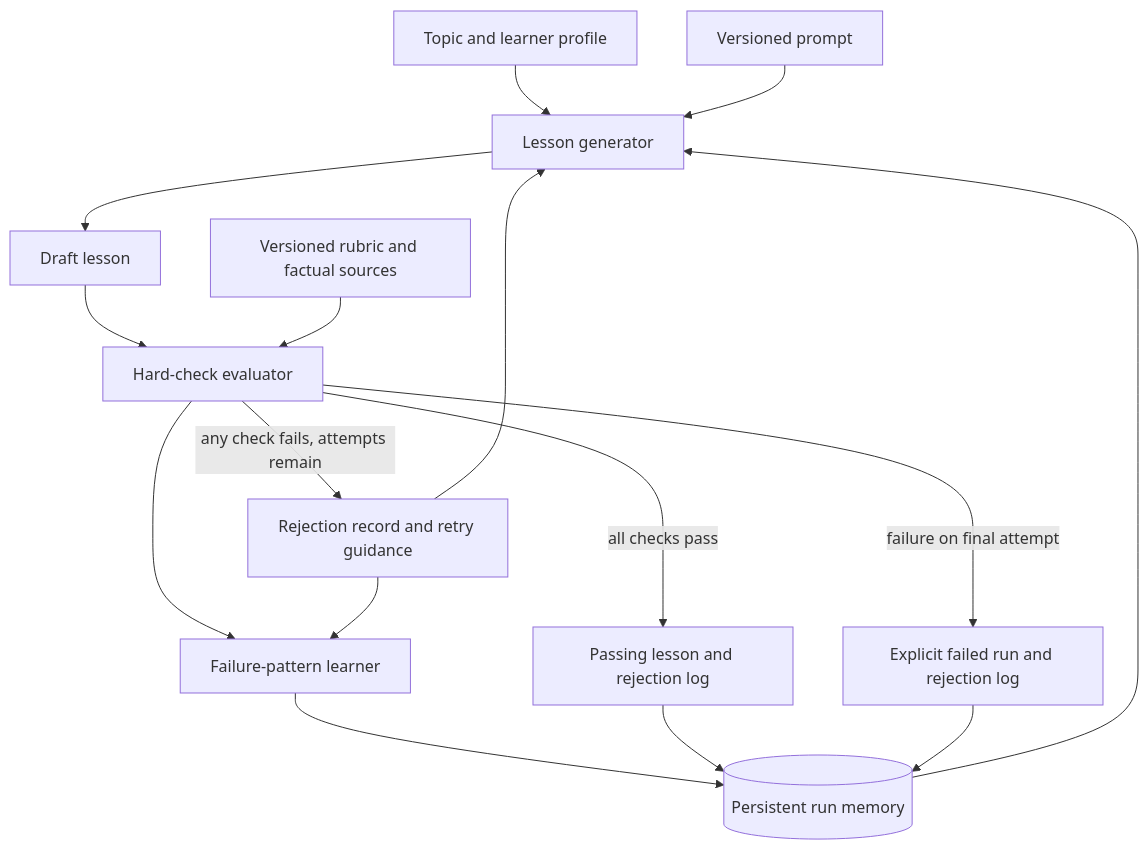
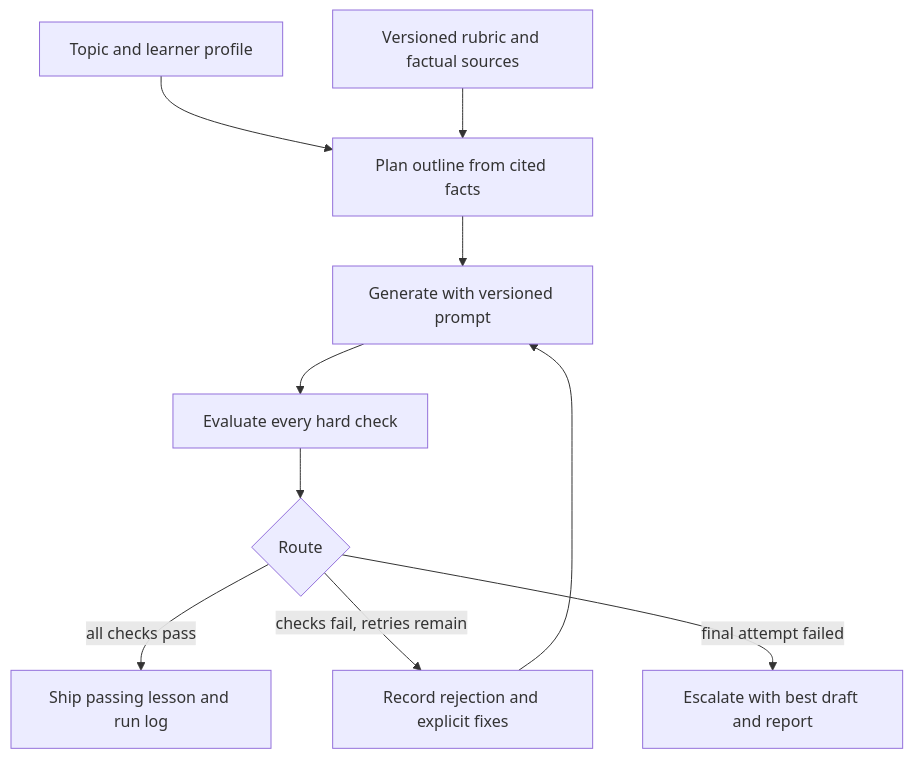
The diagram in docs/DESIGN.md (patil-08/self-evaluating-lesson-generator), drawn with Mermaid before and after one commit. The commit also changed other lines of this file and 4 other files, not shown here.

````diff
--- a/docs/DESIGN.md
+++ b/docs/DESIGN.md
@@ -43,18 +43,12 @@
 ```mermaid
 flowchart TD
-    U[Topic and learner profile] --> G[Lesson generator]
-    P[Versioned prompt] --> G
-    M[(Persistent run memory)] --> G
-    G --> L[Draft lesson]
-    L --> J[Hard-check evaluator]
-    R[Versioned rubric and factual sources] --> J
-    J -->|all checks pass| O[Passing lesson and rejection log]
-    J -->|any check fails, attempts remain| X[Rejection record and retry guidance]
+    U[Topic and learner profile] --> P[Plan outline from cited facts]
+    R[Versioned rubric and factual sources] --> P
+    P --> G[Generate with versioned prompt]
+    G --> V[Evaluate every hard check]
+    V --> D{Route}
+    D -->|all checks pass| S[Ship passing lesson and run log]
+    D -->|checks fail, retries remain| X[Record rejection and explicit fixes]
     X --> G
-    J -->|failure on final attempt| F[Explicit failed run and rejection log]
-    J --> E[Failure-pattern learner]
-    X --> E
-    E --> M
-    O --> M
-    F --> M
+    D -->|final attempt failed| H[Escalate with best draft and report]
 ```
````
